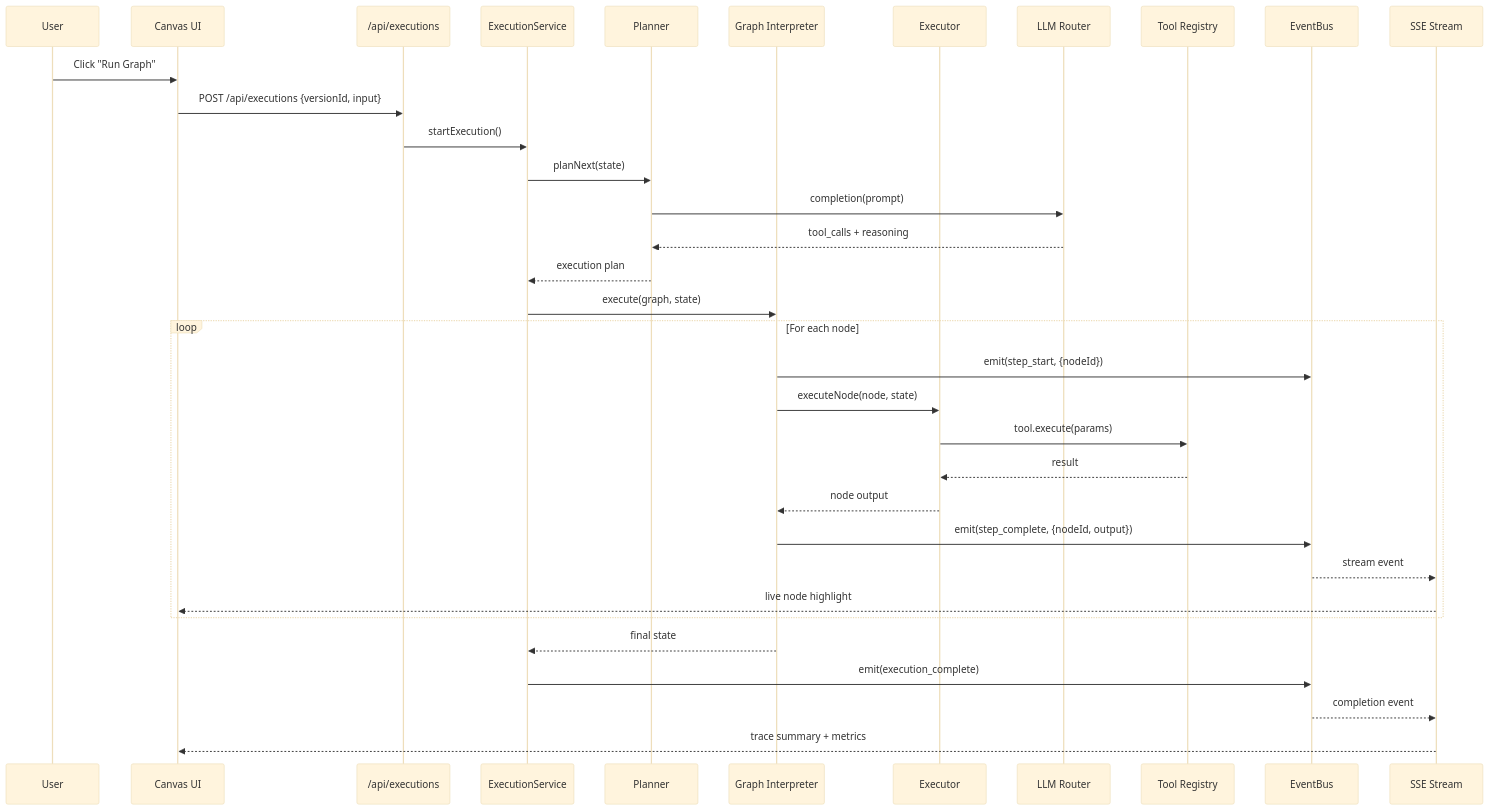
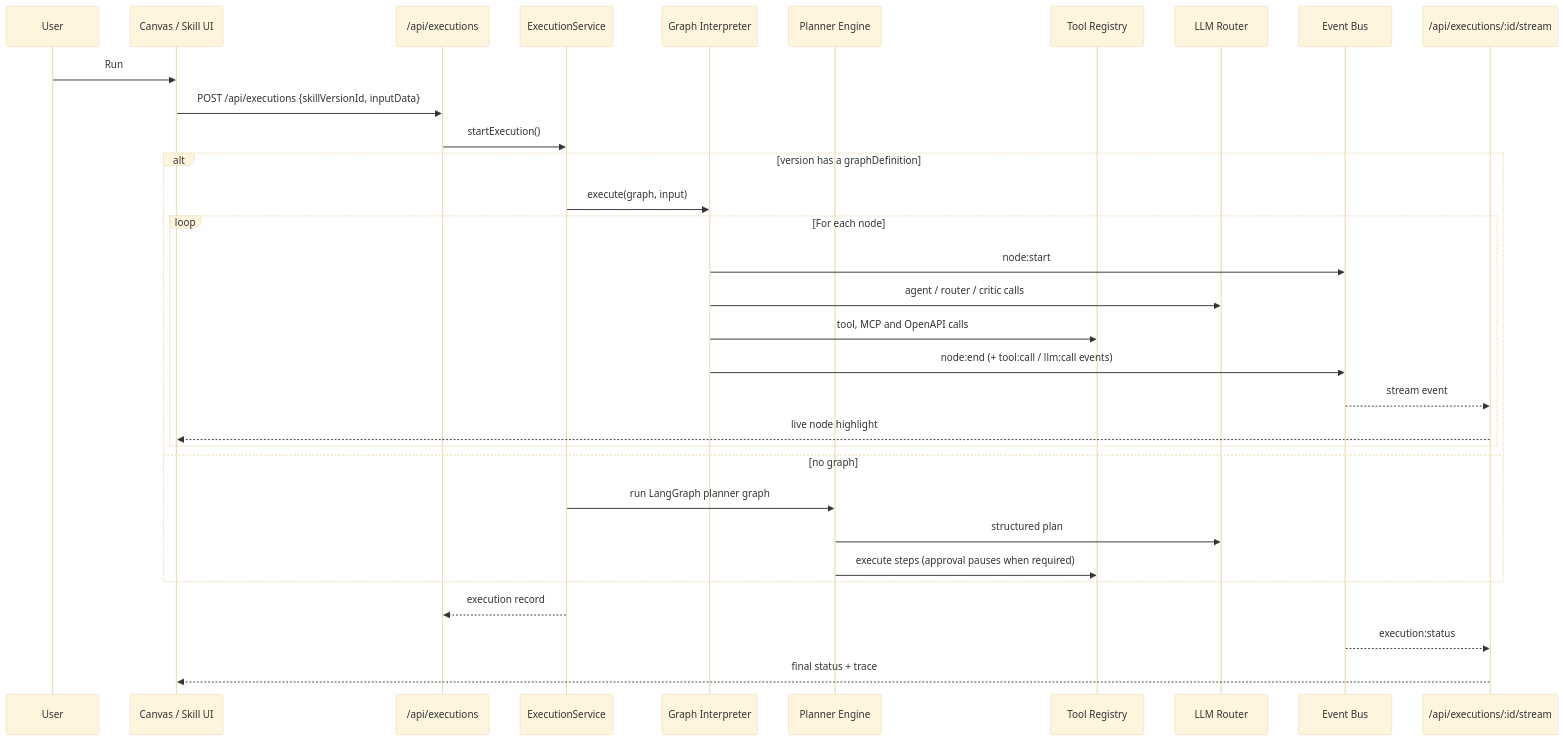
Before and after one commit to Mentrauz/Agent-HUB: the second of 4 diagrams in README.md, drawn with Mermaid (base theme). The commit also changed other lines of this file and 42 other files, not shown here.

````diff
--- a/README.md
+++ b/README.md
@@ -362,37 +365,35 @@
 ```mermaid
 sequenceDiagram
     participant U as User
-    participant CV as Canvas UI
+    participant CV as Canvas / Skill UI
     participant API as /api/executions
     participant ES as ExecutionService
-    participant PL as Planner
     participant GI as Graph Interpreter
-    participant EX as Executor
+    participant PE as Planner Engine
+    participant TR as Tool Registry
     participant LLM as LLM Router
-    participant TR as Tool Registry
-    participant EB as EventBus
-    participant SSE as SSE Stream
+    participant EB as Event Bus
+    participant SSE as /api/executions/:id/stream
 
-    U->>CV: Click "Run Graph"
-    CV->>API: POST /api/executions {versionId, input}
+    U->>CV: Run
+    CV->>API: POST /api/executions {skillVersionId, inputData}
     API->>ES: startExecution()
-    ES->>PL: planNext(state)
-    PL->>LLM: completion(prompt)
-    LLM-->>PL: tool_calls + reasoning
-    PL-->>ES: execution plan
-    ES->>GI: execute(graph, state)
-    loop For each node
-        GI->>EB: emit(step_start, {nodeId})
-        GI->>EX: executeNode(node, state)
-        EX->>TR: tool.execute(params)
-        TR-->>EX: result
-        EX-->>GI: node output
-        GI->>EB: emit(step_complete, {nodeId, output})
-        EB-->>SSE: stream event
-        SSE-->>CV: live node highlight
+    alt version has a graphDefinition
+        ES->>GI: execute(graph, input)
+        loop For each node
+            GI->>EB: node:start
+            GI->>LLM: agent / router / critic calls
+            GI->>TR: tool, MCP and OpenAPI calls
+            GI->>EB: node:end (+ tool:call / llm:call events)
+            EB-->>SSE: stream event
+            SSE-->>CV: live node highlight
+        end
+    else no graph
+        ES->>PE: run LangGraph planner graph
+        PE->>LLM: structured plan
+        PE->>TR: execute steps (approval pauses when required)
     end
-    GI-->>ES: final state
-    ES->>EB: emit(execution_complete)
-    EB-->>SSE: completion event
-    SSE-->>CV: trace summary + metrics
+    ES-->>API: execution record
+    EB-->>SSE: execution:status
+    SSE-->>CV: final status + trace
 ```
````
